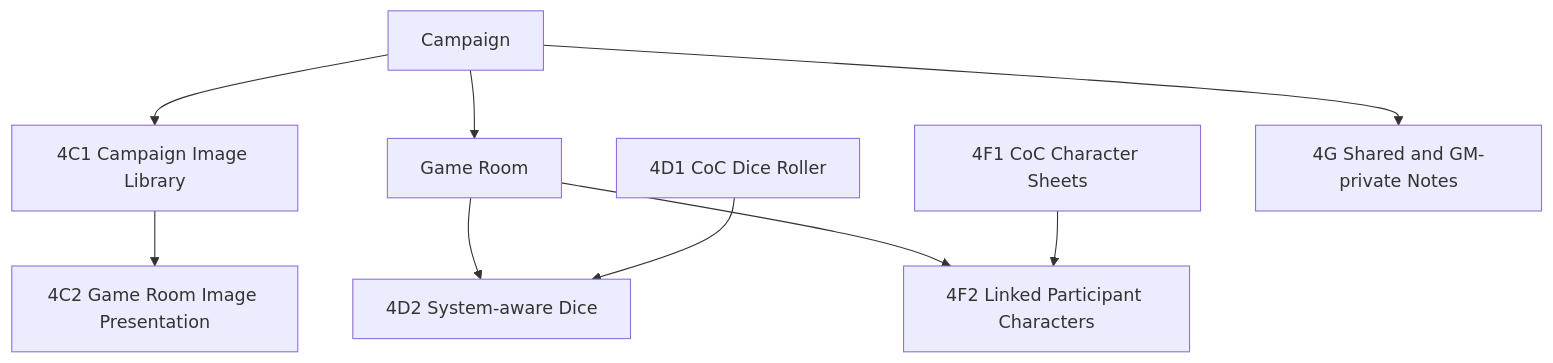
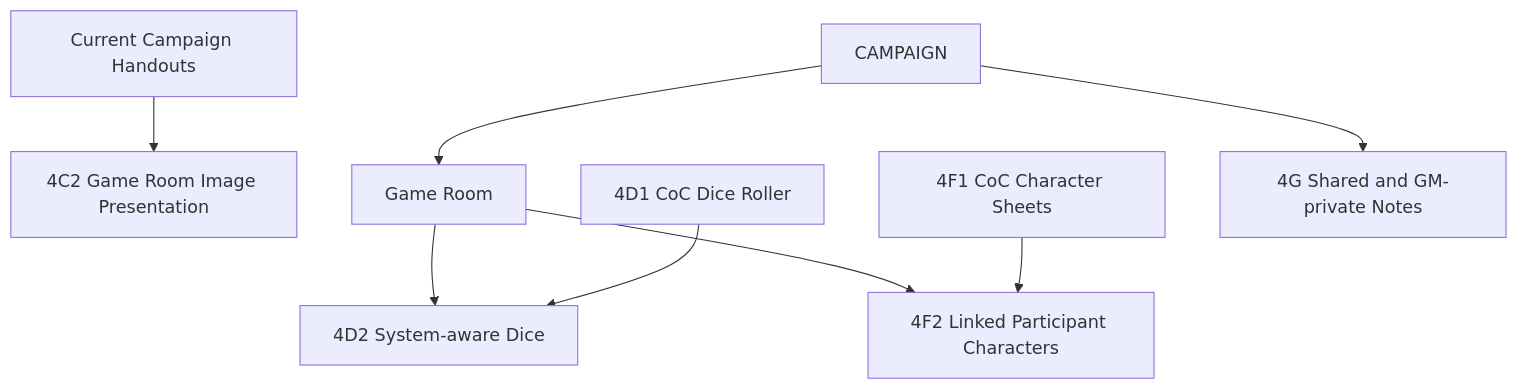
Before and after one commit to Andrey-0101/ttrpg-website: the second of 2 diagrams in docs/product/SITE_MAP.md, drawn with Mermaid. The commit also changed other lines of this file and 36 other files, not shown here.

First line of the commit message:
Phase 4C1: Campaign Handouts (#40)

````diff
--- a/docs/product/SITE_MAP.md
+++ b/docs/product/SITE_MAP.md
@@ -31,11 +32,10 @@
 ```mermaid
 flowchart TD
-    CAMPAIGN["Campaign"] --> IMAGES["4C1 Campaign Image Library"]
-    IMAGES --> DISPLAY["4C2 Game Room Image Presentation"]
+    HANDOUTS["Current Campaign Handouts"] --> DISPLAY["4C2 Game Room Image Presentation"]
     CAMPAIGN --> GAME_ROOM["Game Room"]
     GAME_ROOM --> SYSTEM_DICE["4D2 System-aware Dice"]
     COC_DICE["4D1 CoC Dice Roller"] --> SYSTEM_DICE
     GAME_ROOM --> LINKED_CHARACTERS["4F2 Linked Participant Characters"]
     COC_CHARACTERS["4F1 CoC Character Sheets"] --> LINKED_CHARACTERS
     CAMPAIGN --> NOTES["4G Shared and GM-private Notes"]
 ```
````
